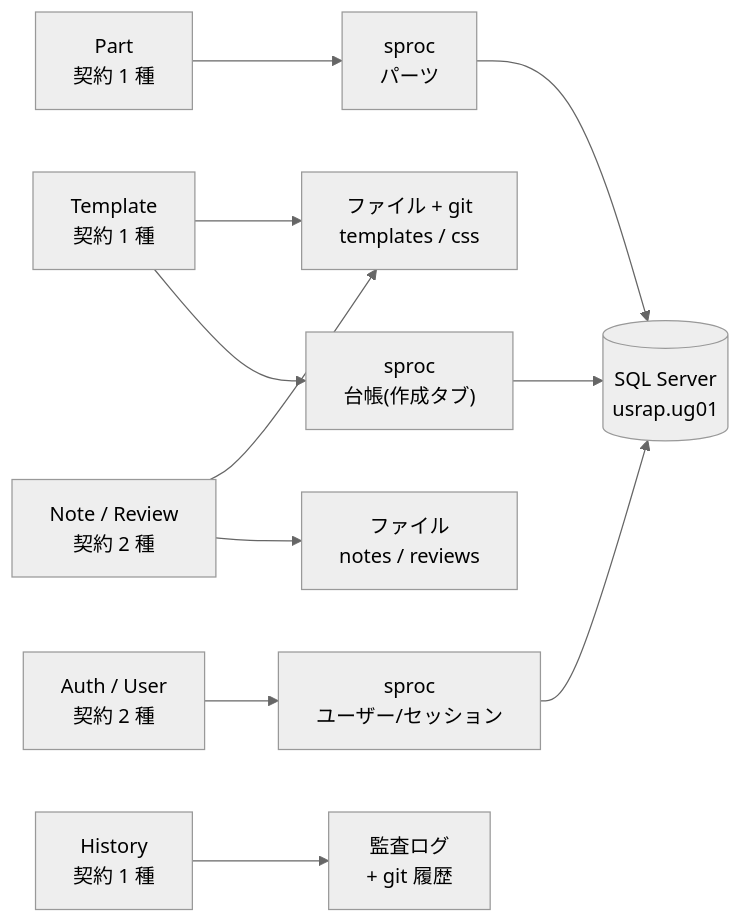
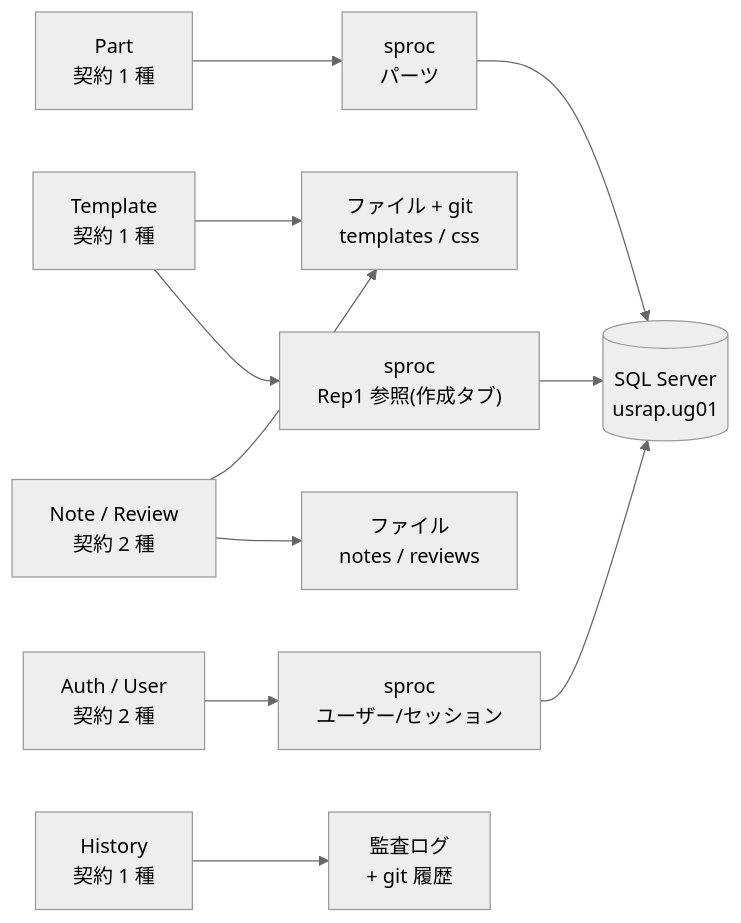
One commit to koichi-araki-0801/workspace changed the first of 4 diagrams in docs/editor/src/設計書.md. Above: the diagram before and after it, drawn with Mermaid (neutral theme). The commit also changed other lines of this file and 106 other files, not shown here.

````diff
--- a/docs/editor/src/設計書.md
+++ b/docs/editor/src/設計書.md
@@ -195,13 +190,13 @@
 ```mermaid
 flowchart LR
   A["Auth / User<br/>契約 2 種"] --> S1["sproc<br/>ユーザー/セッション"]
-  T["Template<br/>契約 1 種"] --> S2["sproc<br/>台帳(作成タブ)"]
+  T["Template<br/>契約 1 種"] --> S2["sproc<br/>Rep1 参照(作成タブ)"]
   T --> F1["ファイル + git<br/>templates / css"]
   P["Part<br/>契約 1 種"] --> S3["sproc<br/>パーツ"]
   H["History<br/>契約 1 種"] --> F2["監査ログ<br/>+ git 履歴"]
   N["Note / Review<br/>契約 2 種"] --> F3["ファイル<br/>notes / reviews"]
   N --> F1
   S1 --> DB[("SQL Server<br/>usrap.ug01")]
   S2 --> DB
   S3 --> DB
 ```
````
